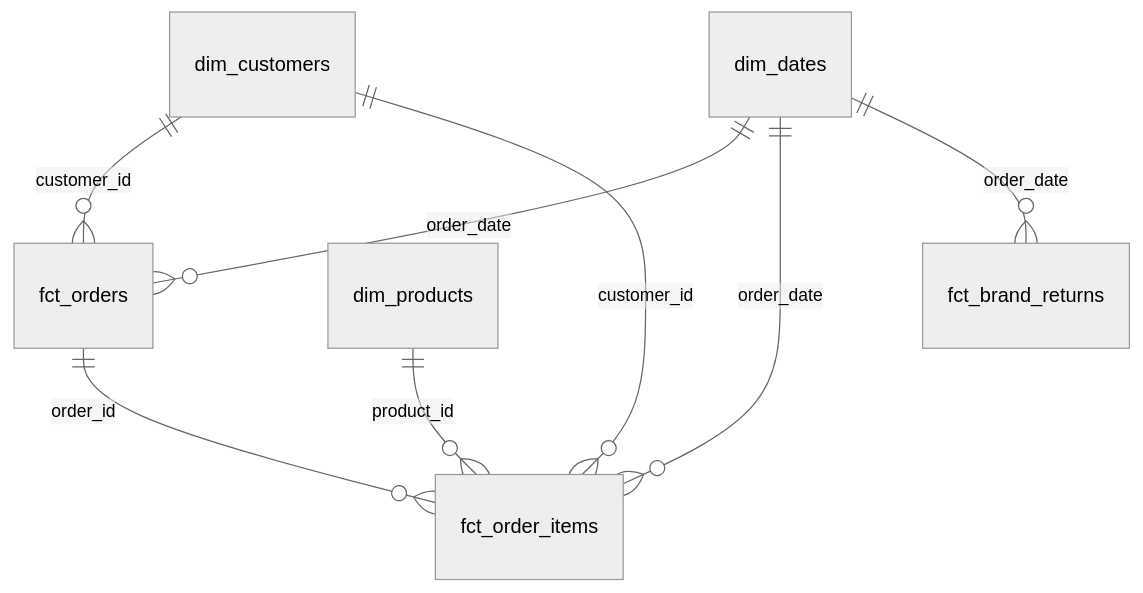
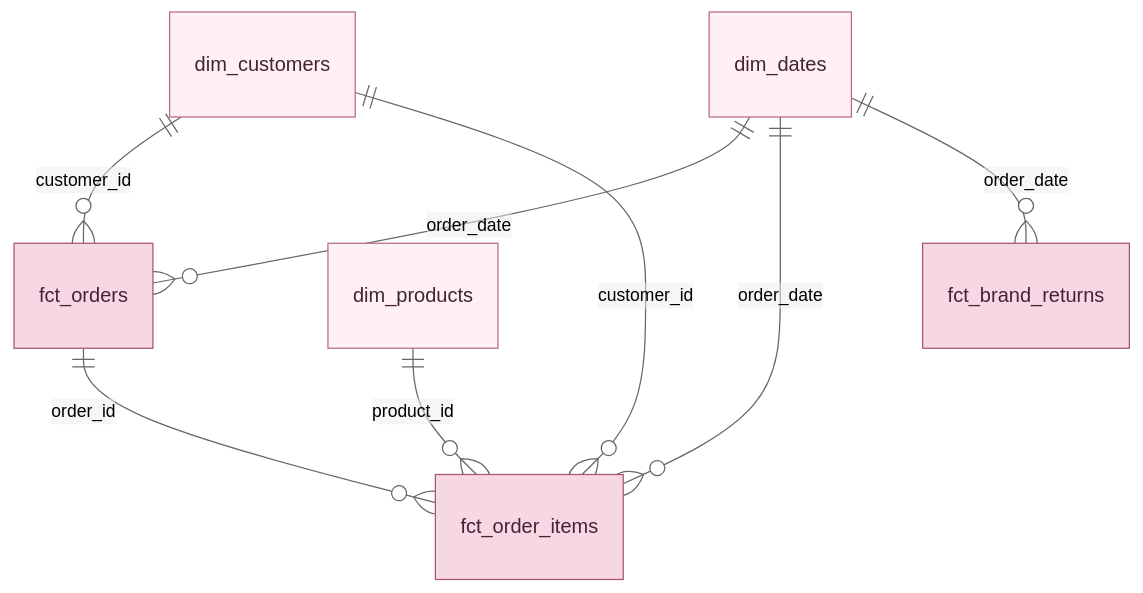
Before and after one commit to keksenia/1-dz-de: the diagram in README.md, drawn with Mermaid (neutral theme).

````diff
--- a/README.md
+++ b/README.md
@@ -9,10 +9,14 @@
 ```mermaid
 erDiagram
     dim_customers ||--o{ fct_orders : customer_id
     dim_customers ||--o{ fct_order_items : customer_id
     dim_dates ||--o{ fct_orders : order_date
     dim_dates ||--o{ fct_order_items : order_date
     dim_products ||--o{ fct_order_items : product_id
     fct_orders ||--o{ fct_order_items : order_id
     dim_dates ||--o{ fct_brand_returns : order_date
+
+    classDef default fill:#fff0f5,stroke:#b66a87,color:#432334
+    classDef fact fill:#f8d7e5,stroke:#a85375,color:#432334
+    class fct_orders,fct_order_items,fct_brand_returns fact
 ```
````
